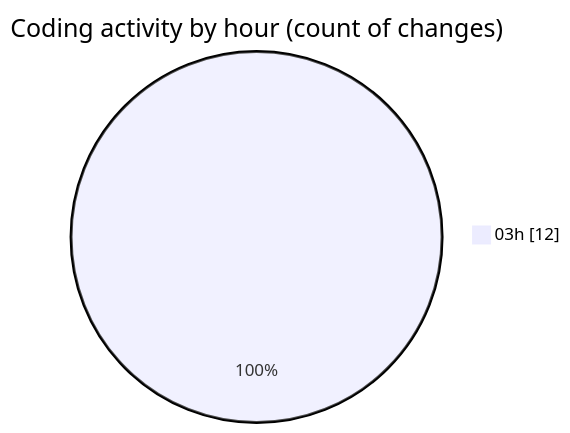
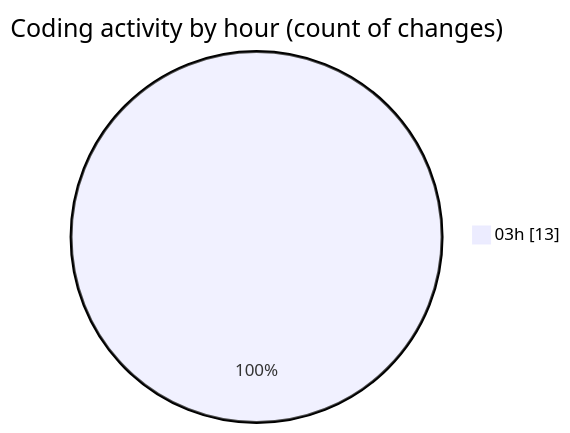
One commit to JenPaints/code-tracking changed the second of 2 diagrams in 2025-06-20/modeljsondesigner/README.md. Above: the diagram before and after it, drawn with Mermaid. The commit also changed other lines of this file and 1 other file, not shown here.

````diff
--- a/2025-06-20/modeljsondesigner/README.md
+++ b/2025-06-20/modeljsondesigner/README.md
@@ -29,5 +30,5 @@
 ```mermaid
 pie showData
 title Coding activity by hour (count of changes)
-"03h" : 12
+"03h" : 13
 ```
````
